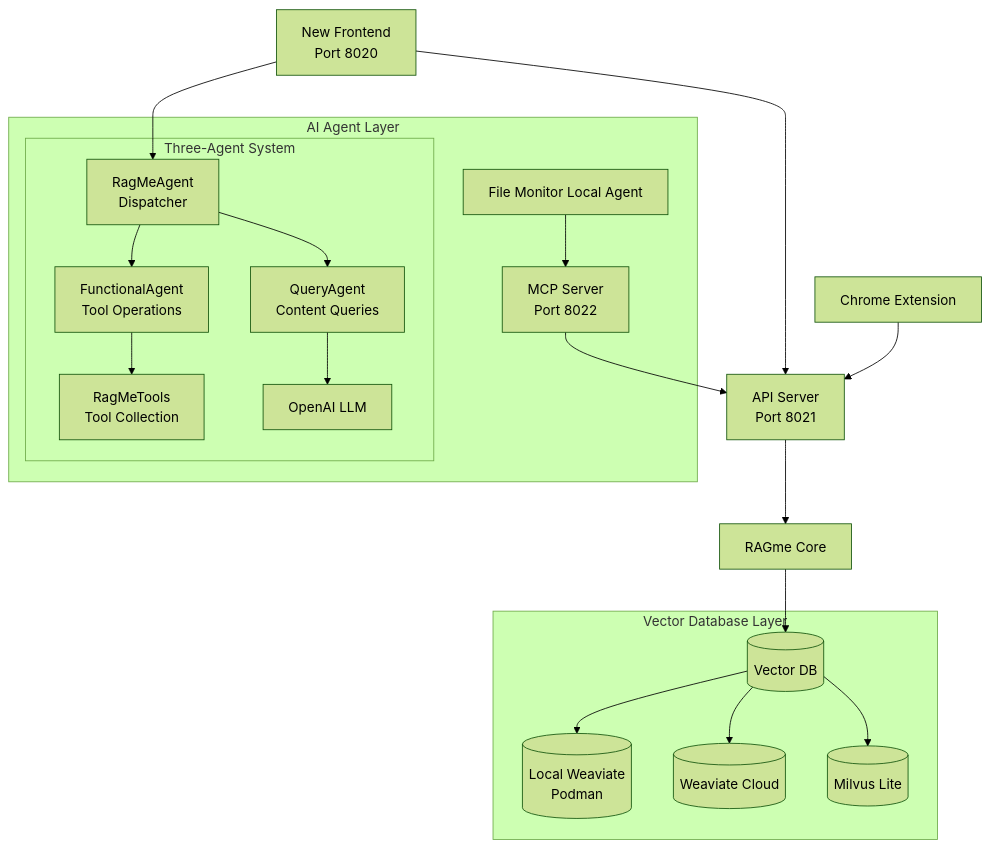
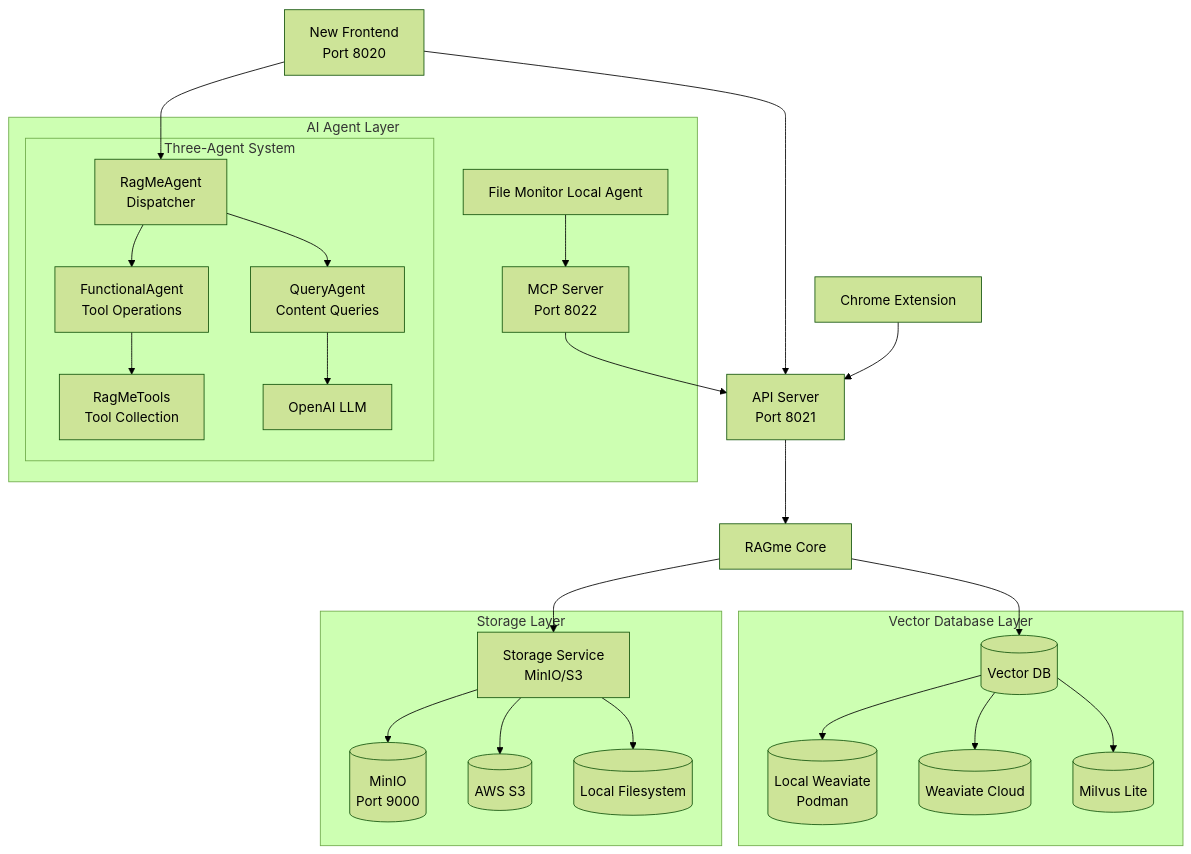
One commit to maximilien/ragme-io changed the diagram in README.md. Above: the diagram before and after it, drawn with Mermaid (forest theme). The commit also changed other lines of this file and 28 other files, not shown here.

````diff
--- a/README.md
+++ b/README.md
@@ -492,23 +542,29 @@
 ```mermaid
 flowchart TB
     new-ui[New Frontend<br/>Port 8020] --> api[API Server<br/>Port 8021]
 new-ui[New Frontend<br/>Port 8020] --> ragme-agent[RagMeAgent<br/>Dispatcher]
     chrome[Chrome Extension] --> api
     subgraph "AI Agent Layer"
       agent-local[File Monitor Local Agent] --> mcp[MCP Server<br/>Port 8022]
       subgraph "Three-Agent System"
         ragme-agent --> functional-agent[FunctionalAgent<br/>Tool Operations]
         ragme-agent --> query-agent[QueryAgent<br/>Content Queries]
         functional-agent --> ragme-tools[RagMeTools<br/>Tool Collection]
         query-agent --> openai[OpenAI LLM]
       end
     end
     mcp --> api
     api --> ragme[RAGme Core]
-    ragme --> vector-db[(Vector DB)]    
+    ragme --> vector-db[(Vector DB)]
+    ragme --> storage-service[Storage Service<br/>MinIO/S3]
     subgraph "Vector Database Layer"
         vector-db --> weaviate-local[(Local Weaviate<br/>Podman)]
         vector-db --> weaviate-cloud[(Weaviate Cloud)]
         vector-db --> milvus[(Milvus Lite)]
     end
+    subgraph "Storage Layer"
+        storage-service --> minio[(MinIO<br/>Port 9000)]
+        storage-service --> s3[(AWS S3)]
+        storage-service --> local-fs[(Local Filesystem)]
+    end
 ```
````
